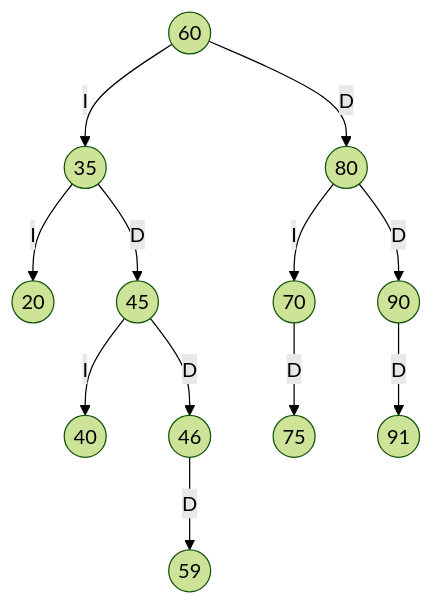
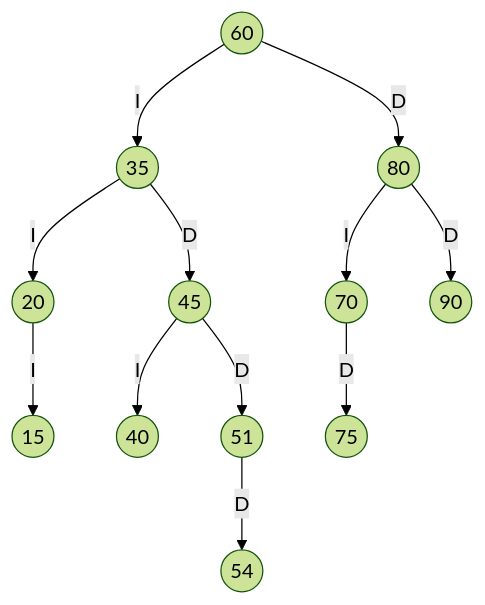
Before and after one commit to sr632252-crypto/Deber-Arboles-TenorioJonathan: the first of 4 diagrams in TRAZAS.md, drawn with Mermaid (forest theme). The commit also changed other lines of this file, not shown here.

````diff
--- a/TRAZAS.md
+++ b/TRAZAS.md
@@ -35,26 +33,26 @@
 ```mermaid
 graph TD
     N60((60))
     N60 -->|I| N35
     N60 -->|D| N80
     N35((35))
     N35 -->|I| N20
     N35 -->|D| N45
     N20((20))
+    N20 -->|I| N15
+    N15((15))
     N45((45))
     N45 -->|I| N40
-    N45 -->|D| N46
+    N45 -->|D| N51
     N40((40))
-    N46((46))
-    N46 -->|D| N59
-    N59((59))
+    N51((51))
+    N51 -->|D| N54
+    N54((54))
     N80((80))
     N80 -->|I| N70
     N80 -->|D| N90
     N70((70))
     N70 -->|D| N75
     N75((75))
     N90((90))
-    N90 -->|D| N91
-    N91((91))
 ```
````
